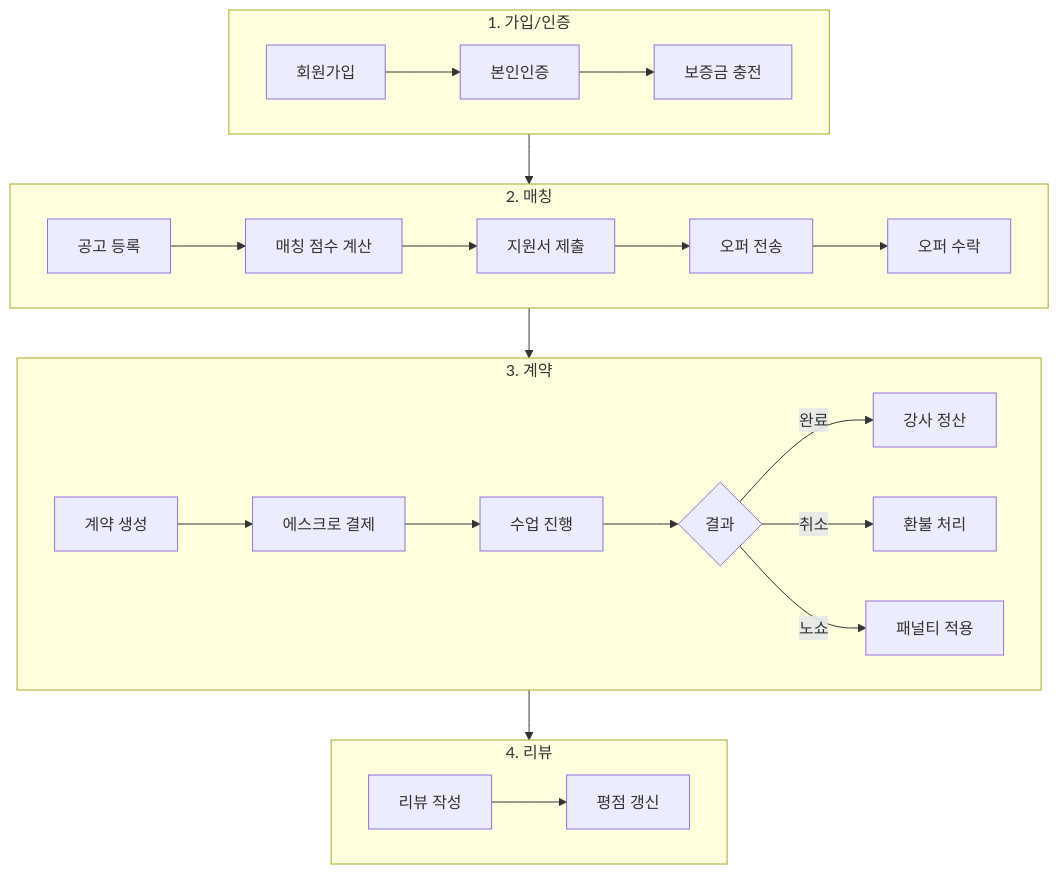
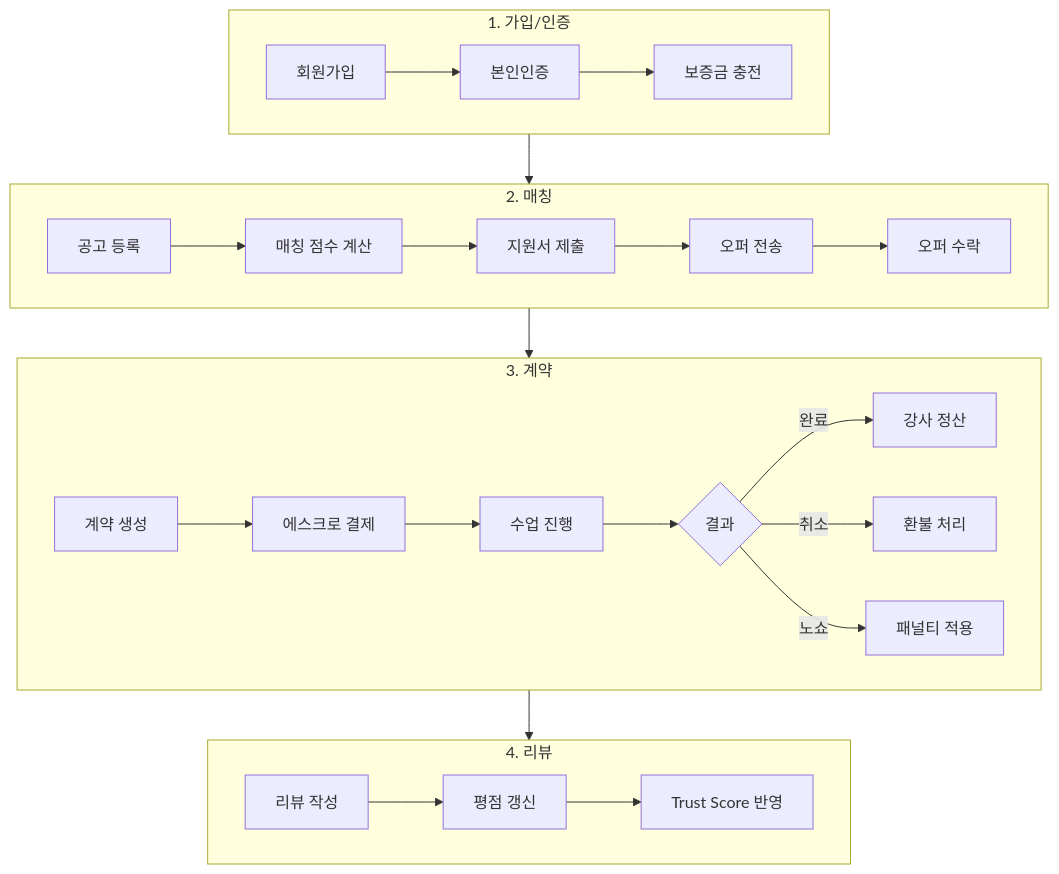
Before and after one commit to MaduJoe/PilaMatch: the eighth of 8 diagrams in README.md, drawn with Mermaid. The commit also changed other lines of this file and 38 other files, not shown here.

````diff
--- a/README.md
+++ b/README.md
@@ -1071,31 +1518,32 @@
 ```mermaid
 flowchart TB
     subgraph Registration["1. 가입/인증"]
         R1[회원가입] --> R2[본인인증]
         R2 --> R3[보증금 충전]
     end
 
     subgraph Matching["2. 매칭"]
         M1[공고 등록] --> M2[매칭 점수 계산]
         M2 --> M3[지원서 제출]
         M3 --> M4[오퍼 전송]
         M4 --> M5[오퍼 수락]
     end
 
     subgraph Contract["3. 계약"]
         C1[계약 생성] --> C2[에스크로 결제]
         C2 --> C3[수업 진행]
         C3 --> C4{결과}
         C4 -->|완료| C5[강사 정산]
         C4 -->|취소| C6[환불 처리]
         C4 -->|노쇼| C7[패널티 적용]
     end
 
     subgraph Review["4. 리뷰"]
         V1[리뷰 작성] --> V2[평점 갱신]
+        V2 --> V3[Trust Score 반영]
     end
 
     Registration --> Matching
     Matching --> Contract
     Contract --> Review
 ```
````
